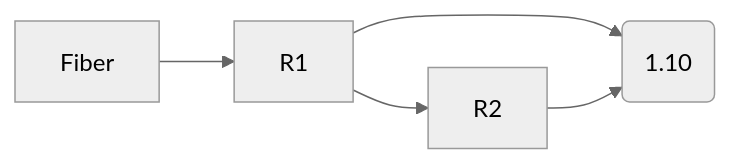
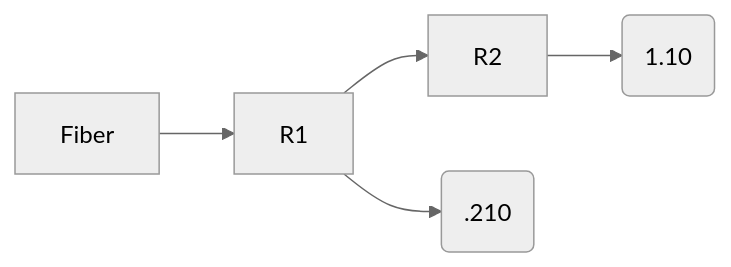
One commit to notkasim/DOCS changed the diagram in Topology.md. Above: the diagram before and after it, drawn with Mermaid (neutral theme).

````diff
--- a/Topology.md
+++ b/Topology.md
@@ -4,7 +4,7 @@
 ```mermaid
 graph LR;
     Fiber-->R1;
     R1-->R2
     R1-->Server(.210)
-    R2-->Server(1.10)
+    R2-->pi(1.10)
 ```
````
